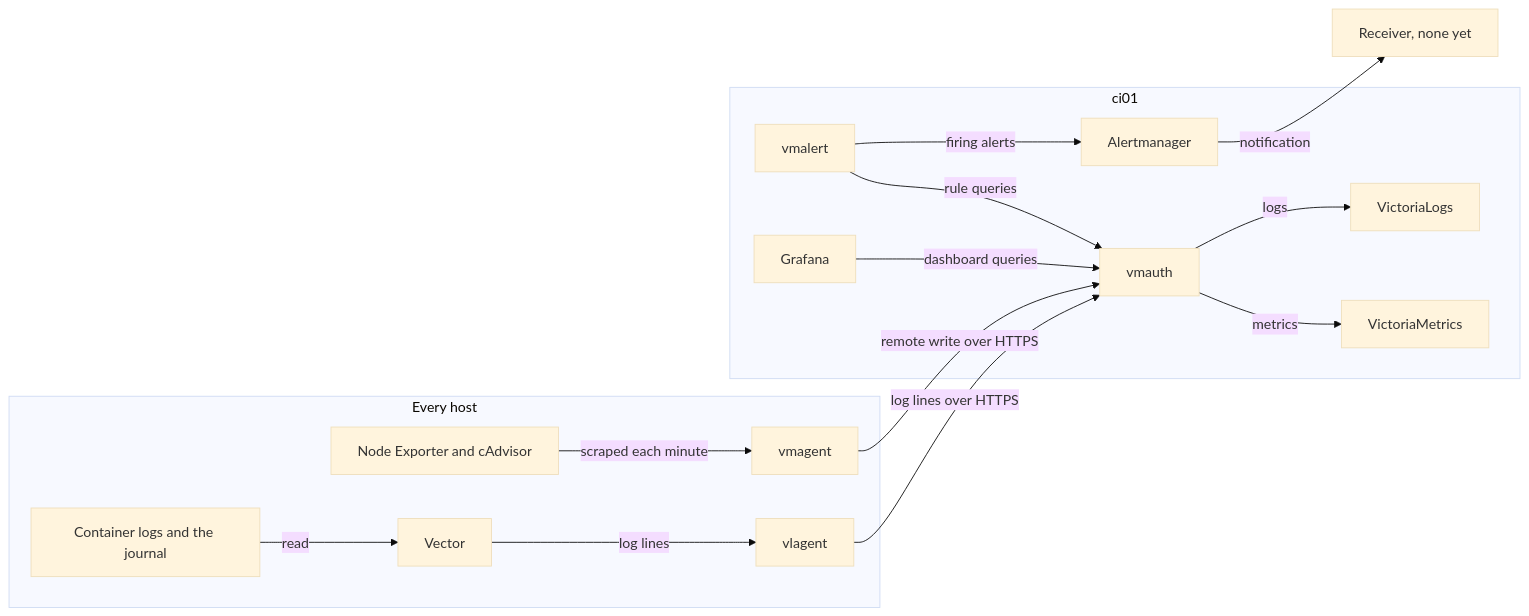
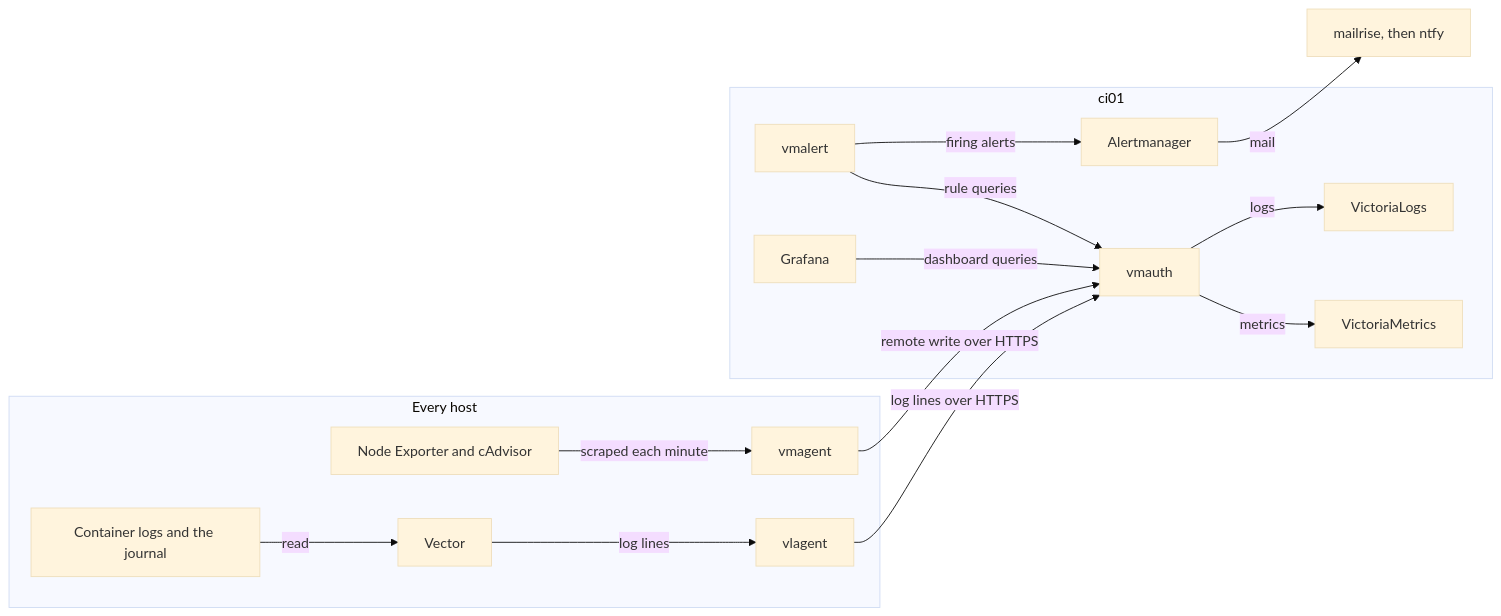
Before and after one commit to myah-mitchell/docs: the diagram in content/tools/victoriametrics/index.md, drawn with Mermaid (base theme). The commit also changed other lines of this file and 18 other files, not shown here.

````diff
--- a/content/tools/victoriametrics/index.md
+++ b/content/tools/victoriametrics/index.md
@@ -241,29 +254,29 @@
 ```mermaid
 flowchart LR
   subgraph host[Every host]
     exporters[Node Exporter and cAdvisor]
     sources[Container logs and the journal]
     vmagent[vmagent]
     vector[Vector]
     vlagent[vlagent]
   end
   subgraph ci01[ci01]
     vmauth[vmauth]
     metrics[VictoriaMetrics]
     logs[VictoriaLogs]
     vmalert[vmalert]
     alertmanager[Alertmanager]
     grafana[Grafana]
   end
   exporters -->|scraped each minute| vmagent
   sources -->|read| vector
   vector -->|log lines| vlagent
   vmagent -->|remote write over HTTPS| vmauth
   vlagent -->|log lines over HTTPS| vmauth
   vmauth -->|metrics| metrics
   vmauth -->|logs| logs
   vmalert -->|rule queries| vmauth
   vmalert -->|firing alerts| alertmanager
-  alertmanager -->|notification| receiver[Receiver, none yet]
+  alertmanager -->|mail| mailrise[mailrise, then ntfy]
   grafana -->|dashboard queries| vmauth
 ```
````
